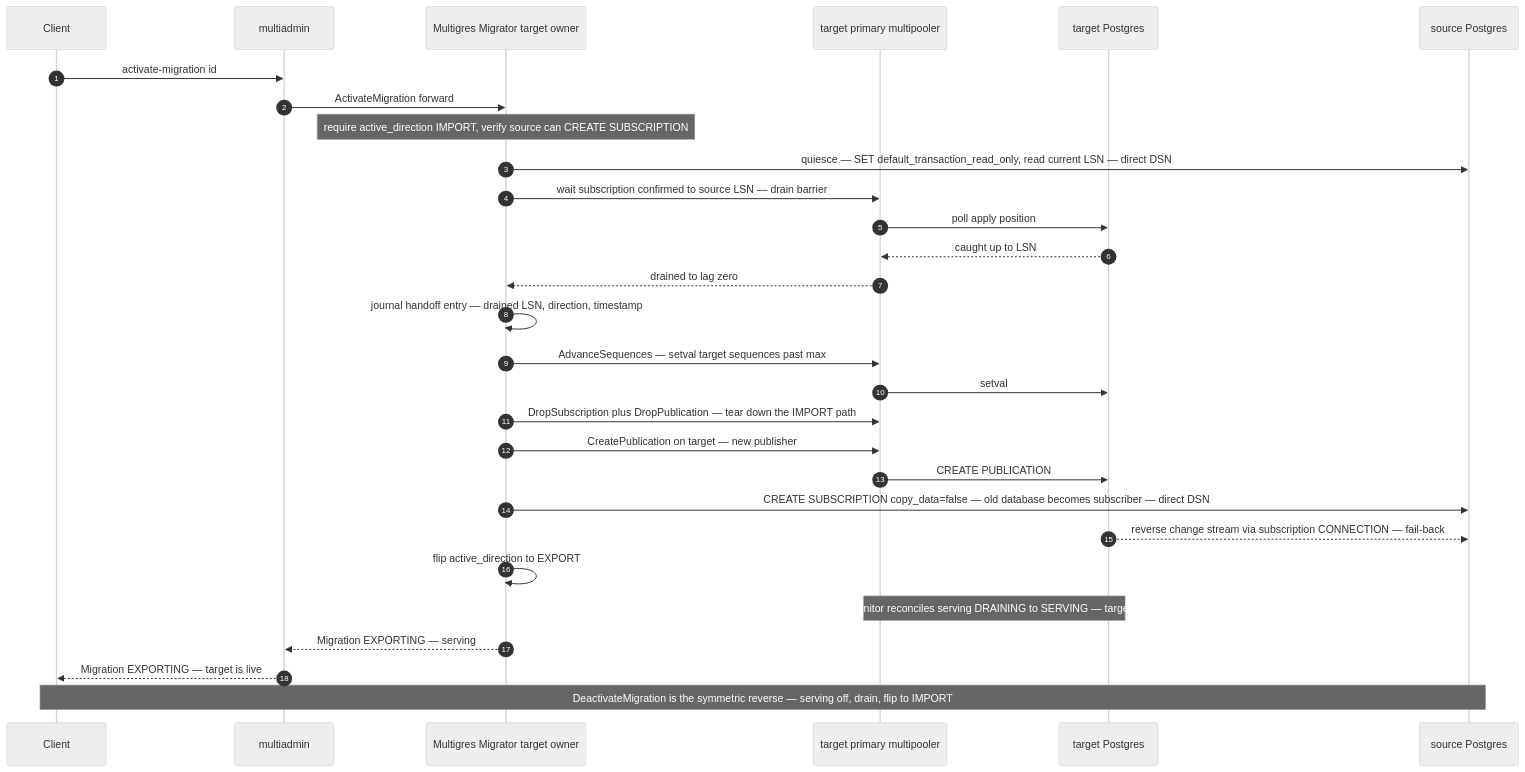
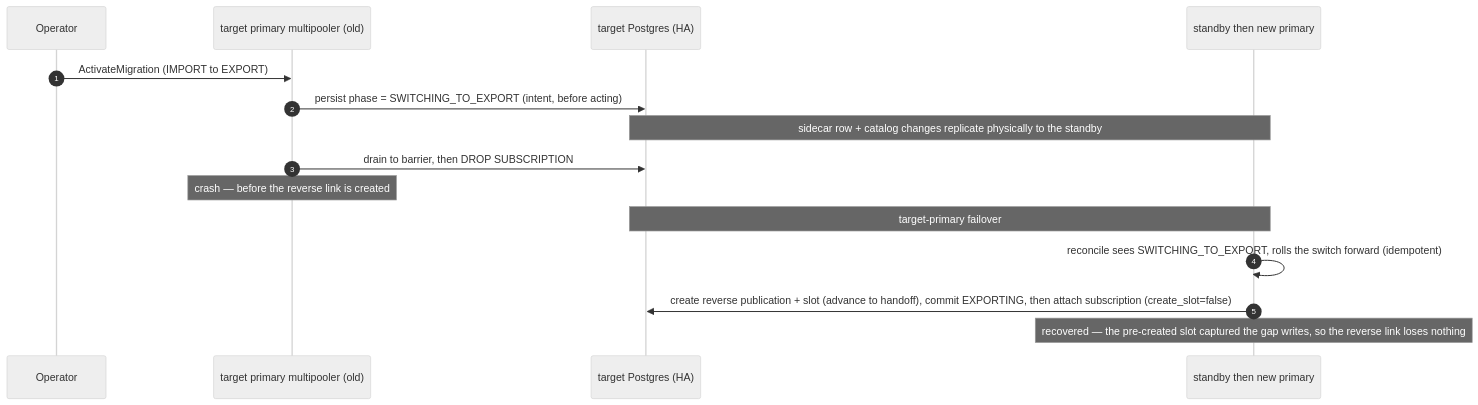
Diagram 12 of 12 in docs/migration/migrator_design.md (multigres/multigres), drawn with Mermaid (neutral theme) before and after one commit. The commit also changed other lines of this file and 22 other files, not shown here.

First line of the commit message:
feat(migrator): experimental DDL replication over the data stream

````diff
--- a/docs/migration/migrator_design.md
+++ b/docs/migration/migrator_design.md
@@ -656,31 +891,17 @@
 ```mermaid
 sequenceDiagram
     autonumber
-    participant Client
-    participant MA as multiadmin
-    participant MT as Multigres Migrator target owner
-    participant MPt as target primary multipooler
-    participant PGT as target Postgres
-    participant PGS as source Postgres
-    Client->>MA: activate-migration id
-    MA->>MT: ActivateMigration forward
-    Note over MT: require active_direction IMPORT, verify source can CREATE SUBSCRIPTION
-    MT->>PGS: quiesce — SET default_transaction_read_only, read current LSN — direct DSN
-    MT->>MPt: wait subscription confirmed to source LSN — drain barrier
-    MPt->>PGT: poll apply position
-    PGT-->>MPt: caught up to LSN
-    MPt-->>MT: drained to lag zero
-    MT->>MT: journal handoff entry — drained LSN, direction, timestamp
-    MT->>MPt: AdvanceSequences — setval target sequences past max
-    MPt->>PGT: setval
-    MT->>MPt: DropSubscription plus DropPublication — tear down the IMPORT path
-    MT->>MPt: CreatePublication on target — new publisher
-    MPt->>PGT: CREATE PUBLICATION
-    MT->>PGS: CREATE SUBSCRIPTION copy_data=false — old database becomes subscriber — direct DSN
-    PGT-->>PGS: reverse change stream via subscription CONNECTION — fail-back
-    MT->>MT: flip active_direction to EXPORT
-    Note over MPt,PGT: postgres monitor reconciles serving DRAINING to SERVING — target is now live
-    MT-->>MA: Migration EXPORTING — serving
-    MA-->>Client: Migration EXPORTING — target is live
-    Note over Client,PGS: DeactivateMigration is the symmetric reverse — serving off, drain, flip to IMPORT
+    participant OP as Operator
+    participant MP1 as target primary multipooler (old)
+    participant PGT as target Postgres (HA)
+    participant MP2 as standby then new primary
+    OP->>MP1: ActivateMigration (IMPORT to EXPORT)
+    MP1->>PGT: persist phase = SWITCHING_TO_EXPORT (intent, before acting)
+    Note over PGT,MP2: sidecar row + catalog changes replicate physically to the standby
+    MP1->>PGT: drain to barrier, then DROP SUBSCRIPTION
+    Note over MP1: crash — before the reverse link is created
+    Note over PGT,MP2: target-primary failover
+    MP2->>MP2: reconcile sees SWITCHING_TO_EXPORT, rolls the switch forward (idempotent)
+    MP2->>PGT: create reverse publication + slot (advance to handoff), commit EXPORTING, then attach subscription (create_slot=false)
+    Note over MP2: recovered — the pre-created slot captured the gap writes, so the reverse link loses nothing
 ```
````
